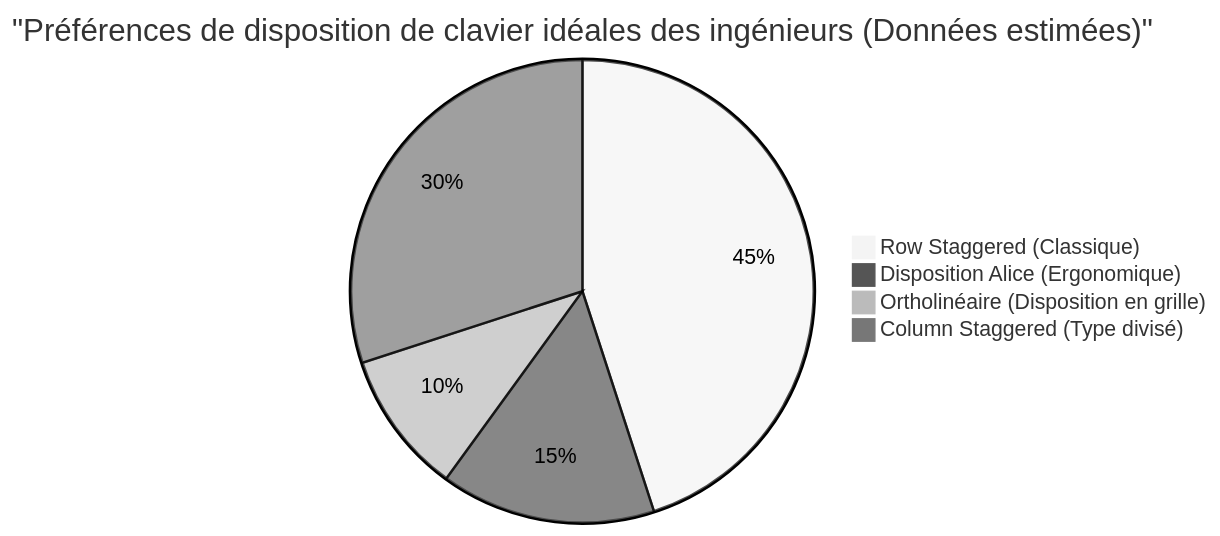
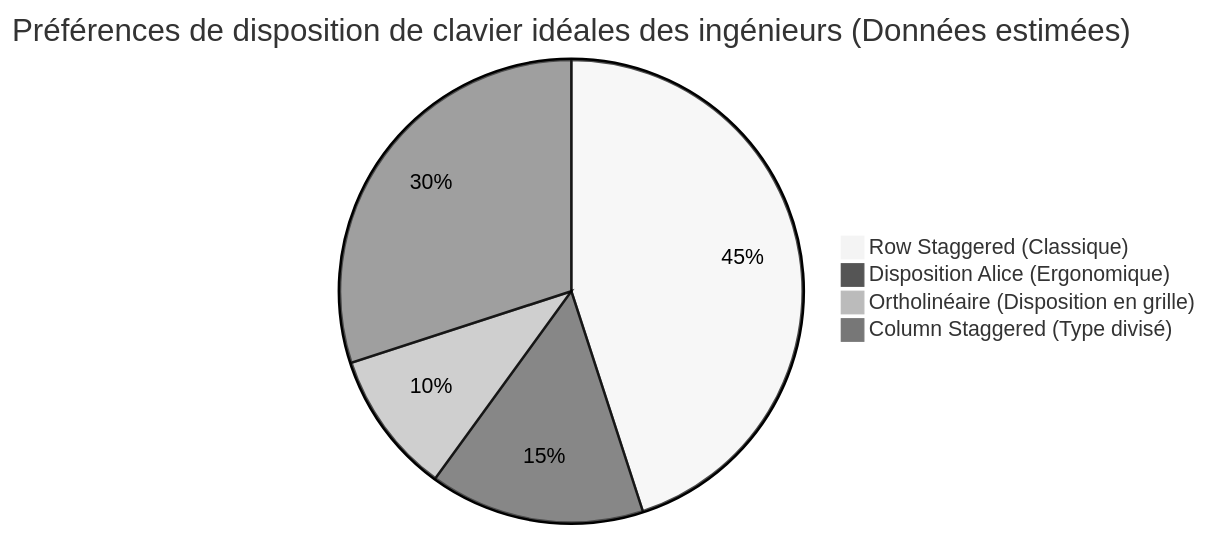
The third of 3 diagrams in content/post/mechanical_keyboards/index.fr.md (kenjinote/blog), drawn with Mermaid (neutral theme) before and after one commit. The commit also changed other lines of this file and 703 other files, not shown here.

Commit message:
Fix: Remove quotes from Mermaid link texts and timeline definitions to support Mermaid 11.4.1

````diff
--- a/content/post/mechanical_keyboards/index.fr.md
+++ b/content/post/mechanical_keyboards/index.fr.md
@@ -127,7 +127,7 @@
 ```mermaid
-pie title "Préférences de disposition de clavier idéales des ingénieurs (Données estimées)"
+pie title Préférences de disposition de clavier idéales des ingénieurs (Données estimées)
     "Row Staggered (Classique)" : 45
     "Disposition Alice (Ergonomique)" : 15
     "Ortholinéaire (Disposition en grille)" : 10
     "Column Staggered (Type divisé)" : 30
 ```
````
